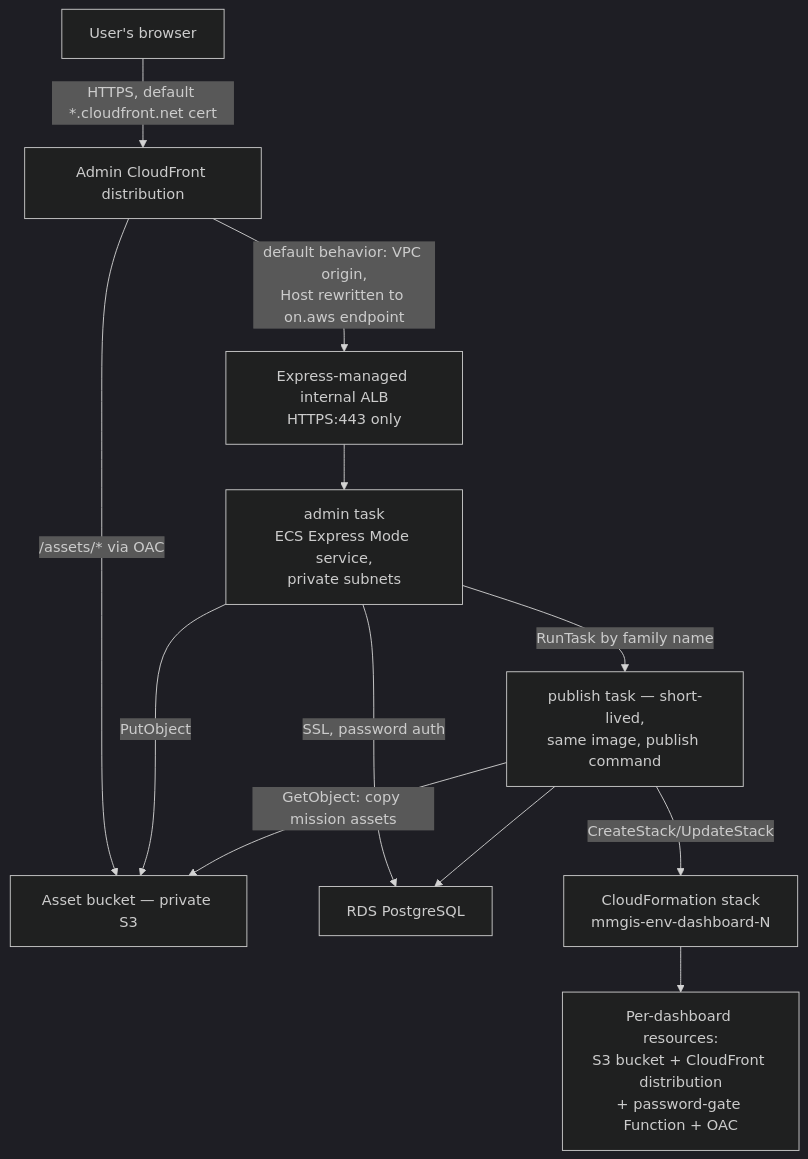
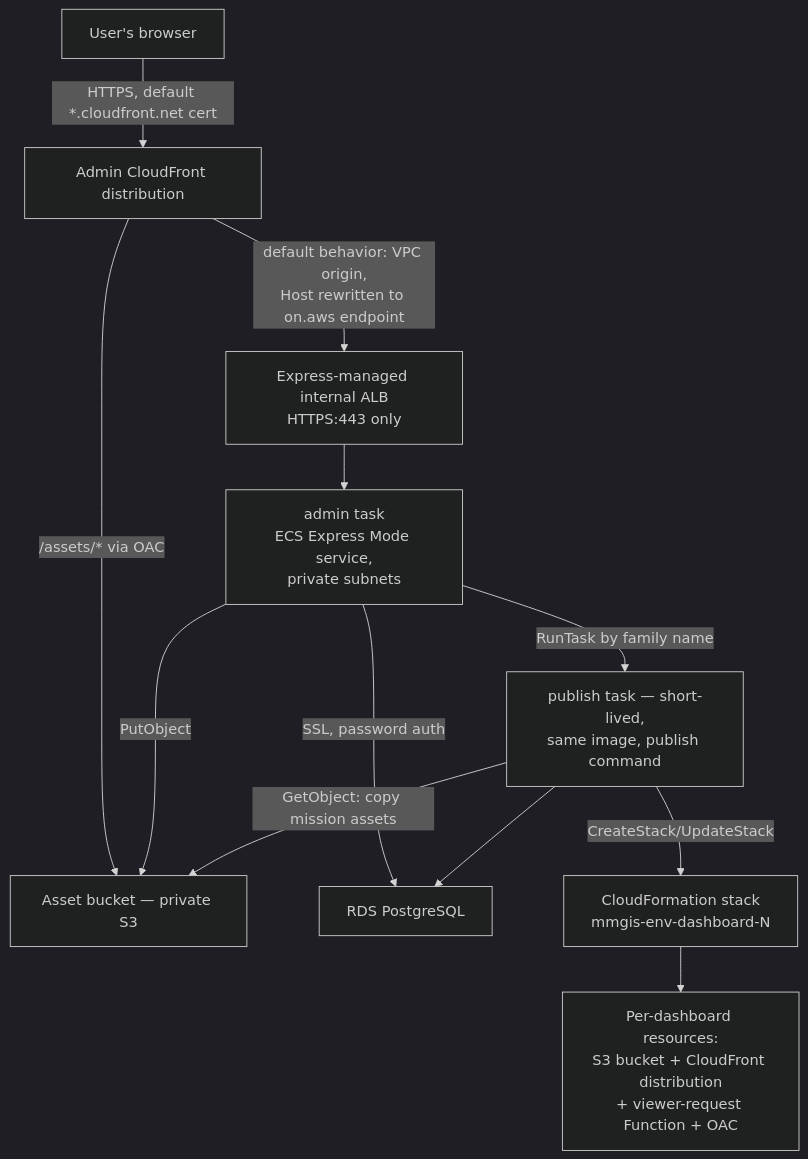
One commit to NASA-IMPACT/MMGIS changed the diagram in docs/infrastructure/aws-environments.md. Above: the diagram before and after it, drawn with Mermaid (dark theme). The commit also changed other lines of this file and 19 other files, not shown here.

First line of the commit message:
Make the dashboards password gate a per-environment choice

````diff
--- a/docs/infrastructure/aws-environments.md
+++ b/docs/infrastructure/aws-environments.md
@@ -9,14 +9,14 @@
 ```mermaid
 flowchart TD
     V["User's browser"] -->|"HTTPS, default *.cloudfront.net cert"| CF["Admin CloudFront distribution"]
     CF -->|"default behavior: VPC origin,<br/>Host rewritten to on.aws endpoint"| ALB["Express-managed internal ALB<br/>HTTPS:443 only"]
     CF -->|"/assets/* via OAC"| AB["Asset bucket — private S3"]
     ALB --> ADMIN["admin task<br/>ECS Express Mode service,<br/>private subnets"]
     ADMIN -->|"SSL, password auth"| RDS["RDS PostgreSQL"]
     ADMIN -->|"RunTask by family name"| PUB["publish task — short-lived,<br/>same image, publish command"]
     ADMIN -->|PutObject| AB
     PUB -->|"GetObject: copy mission assets"| AB
     PUB --> RDS
     PUB -->|CreateStack/UpdateStack| CFN["CloudFormation stack<br/>mmgis-env-dashboard-N"]
-    CFN --> DASH["Per-dashboard resources:<br/>S3 bucket + CloudFront distribution<br/>+ password-gate Function + OAC"]
+    CFN --> DASH["Per-dashboard resources:<br/>S3 bucket + CloudFront distribution<br/>+ viewer-request Function + OAC"]
 ```
````
